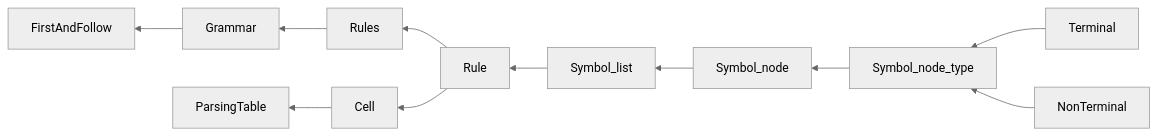
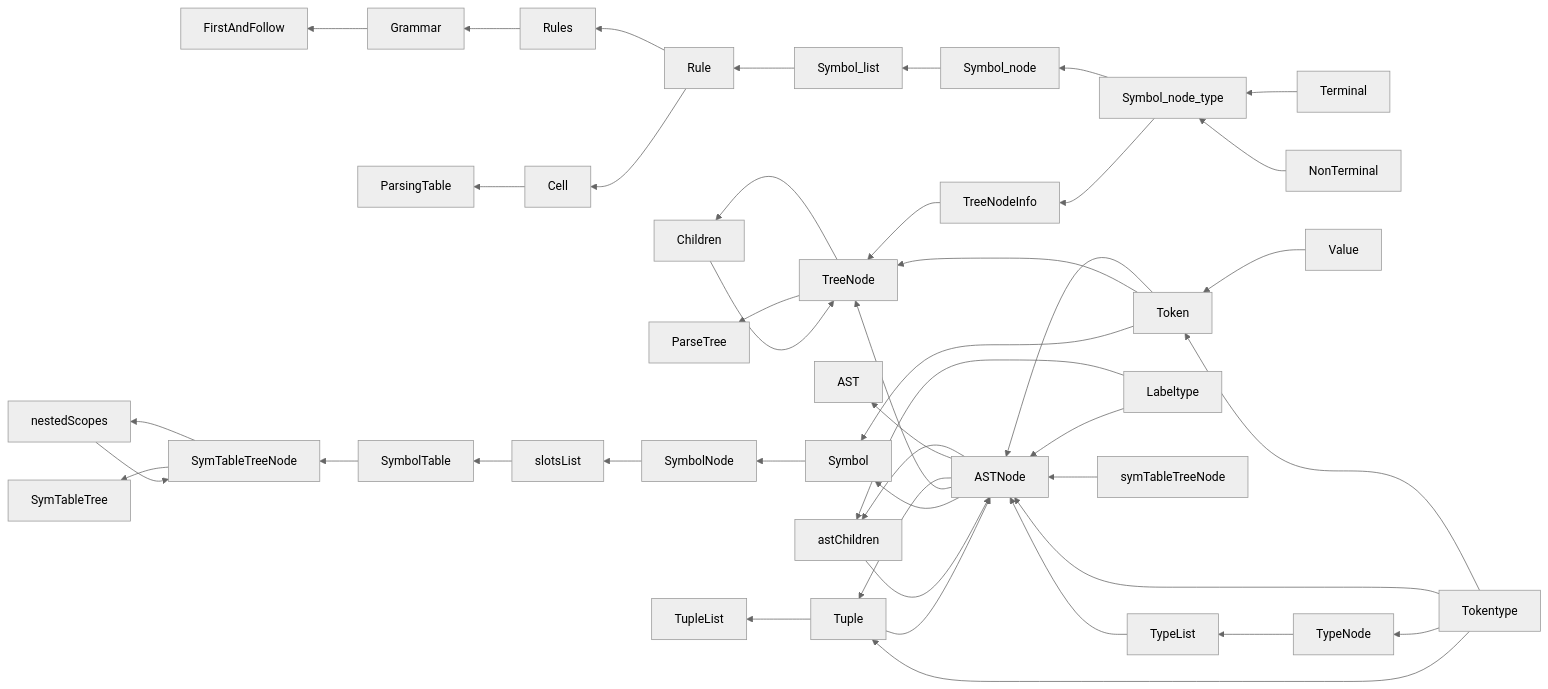
One commit to manasm11/ppl_assignment changed the diagram in link2_analysis.md. Above: the diagram before and after it, drawn with Mermaid (neutral theme). The commit also changed 1 other file, not shown here.

Commit message:
Added flowcharts for lexerDef.h, parserDef.h, astDef.h, intermediateCodeDef.h, NaryTreeDef.h, symbolTableDef.h added

````diff
--- a/link2_analysis.md
+++ b/link2_analysis.md
@@ -33,4 +33,127 @@
 
     Cell --> ParsingTable
     click ParsingTable "http://__struct_of__ptr2_2dim_array_of_cell_size_TOTAL_NON_TERMINALS_by_TOTAL_TERMINALS_"
+
+
+
+
+
+
+
+
+
+
+
+
+
+
+
+
+
+
+
+    Value --> Token;
+    Tokentype --> Token;
+
+    click Value "http://__union_of_int_num_and_float_r_num";    
+    click Tokentype "http://__enum";
+    click Token "http://__struct_of__tokentype_type__int_valuetype__int_lineno__string_lexeme__value_value";
+
+
+
+
+
+
+    Labeltype --> astChildren;
+    ASTNode --> astChildren;
+    
+    Labeltype --> ASTNode;
+    astChildren --> ASTNode;
+    Token --> ASTNode;
+    symTableTreeNode --> ASTNode;
+    Tokentype --> ASTNode;
+    TypeList --> ASTNode;
+    Tuple --> ASTNode;
+    ASTNode --> AST;
+
+    TypeNode --> TypeList;
+    Tokentype --> TypeNode;
+    
+click Labeltype "http://__enum";
+click astChildren "http://__struct_of__ptr2ASTNode_head__ptr2ASTNode_last__int_no_siblings";
+click TypeNode "http://__struct_of__tokentype_type__ptr2typenode_next";
+click TypeList "http://__struct_of__ptr2typeListNode_head__ptr2typeListNode_last__int_no_of_siblings";
+click ASTNode "http://__khud_dekh_lo_astdef.h_me";
+click AST "http://__ptr2astnode";
+
+
+
+
+
+Tokentype --> Tuple;
+ASTNode --> Tuple;
+Tuple --> TupleList;
+click Tuple "http://__struct_of__tokentype_op__strs_arg1_arg2_result__ptr2tuple_next__ptr2astnode_node1_node2_node3"
+click TupleList "http://__struct_of__ptr2tuple_head_last__int_total_tuples"
+
+
+
+
+
+
+
+
+
+
+
+
+
+Symbol_node_type --> TreeNodeInfo;
+TreeNode --> Children;
+TreeNodeInfo --> TreeNode;
+Token --> TreeNode;
+Children --> TreeNode;
+ASTNode --> TreeNode;
+TreeNode --> ParseTree;
+
+click TreeNode "http://__struct_of__ptr2treenode_next__ptr2treenode_parent__ptr2treeinfonode_info__ptr2token_lexicaltoken__ptr2children__astnode_addr__ptr2children_inh_addr";
+click ParseTree "http://__ptr2treenode_root";
+click TreeNodeInfo "http://__int_term_or_nonterm__Symbol_node_type_type";
+click TreeNodeInfo "http://__int_term_or_nonterm__Symbol_node_type_type";
+click Children "http://__ptr2treenode_head__no_siblings";
+
+
+
+
+
+
+
+
+
+
+
+
+
+
+
+SymbolTable --> SymTableTreeNode;
+nestedScopes --> SymTableTreeNode;
+
+SymTableTreeNode --> nestedScopes;
+SymTableTreeNode --> SymTableTree;
+
+Token --> Symbol;
+ASTNode --> Symbol;
+
+Symbol --> SymbolNode;
+SymbolNode --> slotsList
+slotsList --> SymbolTable
+
+click SymTableTreeNode "http://__symboltable_table__nestedScopes_children__symTableTreeNode_next__symTableTreeNode_parent__str_scope"
+click nestedScopes "http://__symTableTreeNode_head__int_no_siblings"
+click SymTableTree "http://__ptr2SymTableTreeNode_root"
+click Symbol "http://__see_at_symbolTabledef.h"
+click SymbolNode "http://__Symbol_symbol__ptr2symbolNode_next"
+click SymbolTable "http://__int_no_slots__ptr2ptr2slotslist_slots"
+click slotsList "http://__SymbolNode_head__int_total_symbols"
 ```
````
